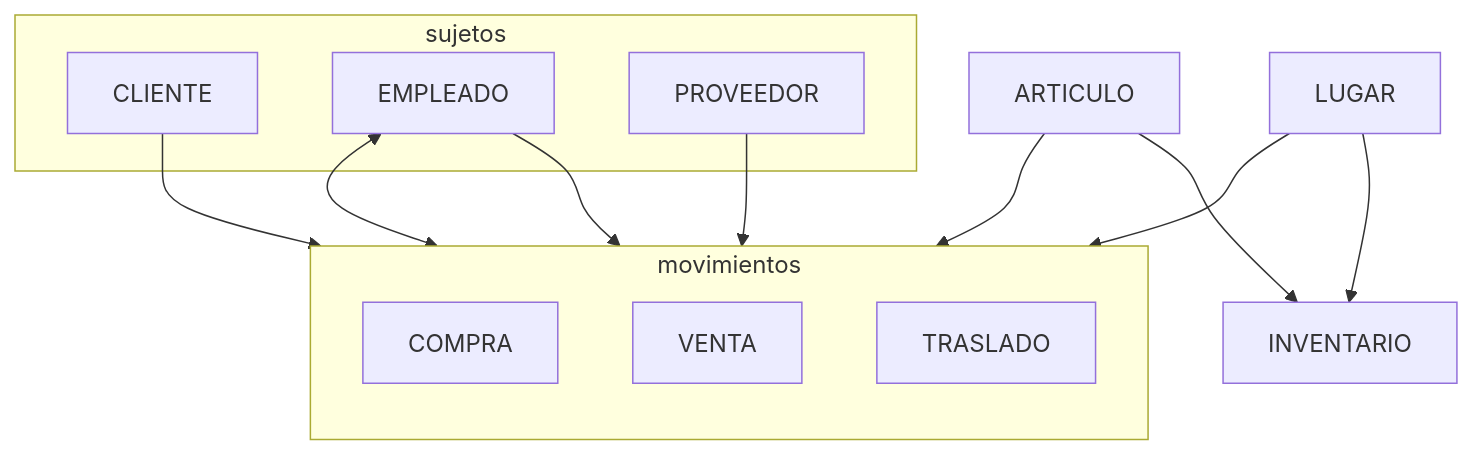
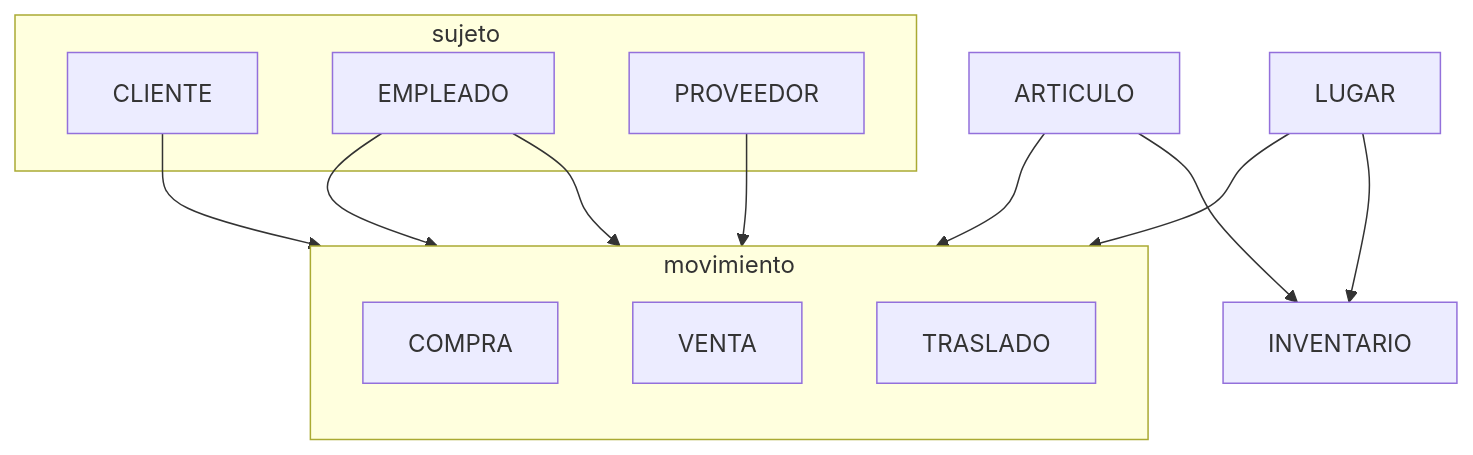
One commit to Rarity03/docs changed the diagram in README.md. Above: the diagram before and after it, drawn with Mermaid. The commit also changed other lines of this file, not shown here.

````diff
--- a/README.md
+++ b/README.md
@@ -30,23 +36,23 @@
 ```mermaid
 flowchart TD
     ARTICULO-->INVENTARIO;
     LUGAR-->INVENTARIO;      
-    subgraph movimientos
+    subgraph movimiento
         direction TB
         COMPRA;
         VENTA;
         TRASLADO;
     end
-    subgraph sujetos
+    subgraph sujeto
+
         CLIENTE
         EMPLEADO
         PROVEEDOR
     end
     PROVEEDOR-->COMPRA;
     EMPLEADO-->VENTA;
-    EMPLEADO<-->TRASLADO
+    EMPLEADO-->TRASLADO
     CLIENTE-->VENTA;
-    ARTICULO-->movimientos;
-    LUGAR-->movimientos;
-    
+    ARTICULO-->movimiento;
+    LUGAR-->movimiento; 
 ```
````
